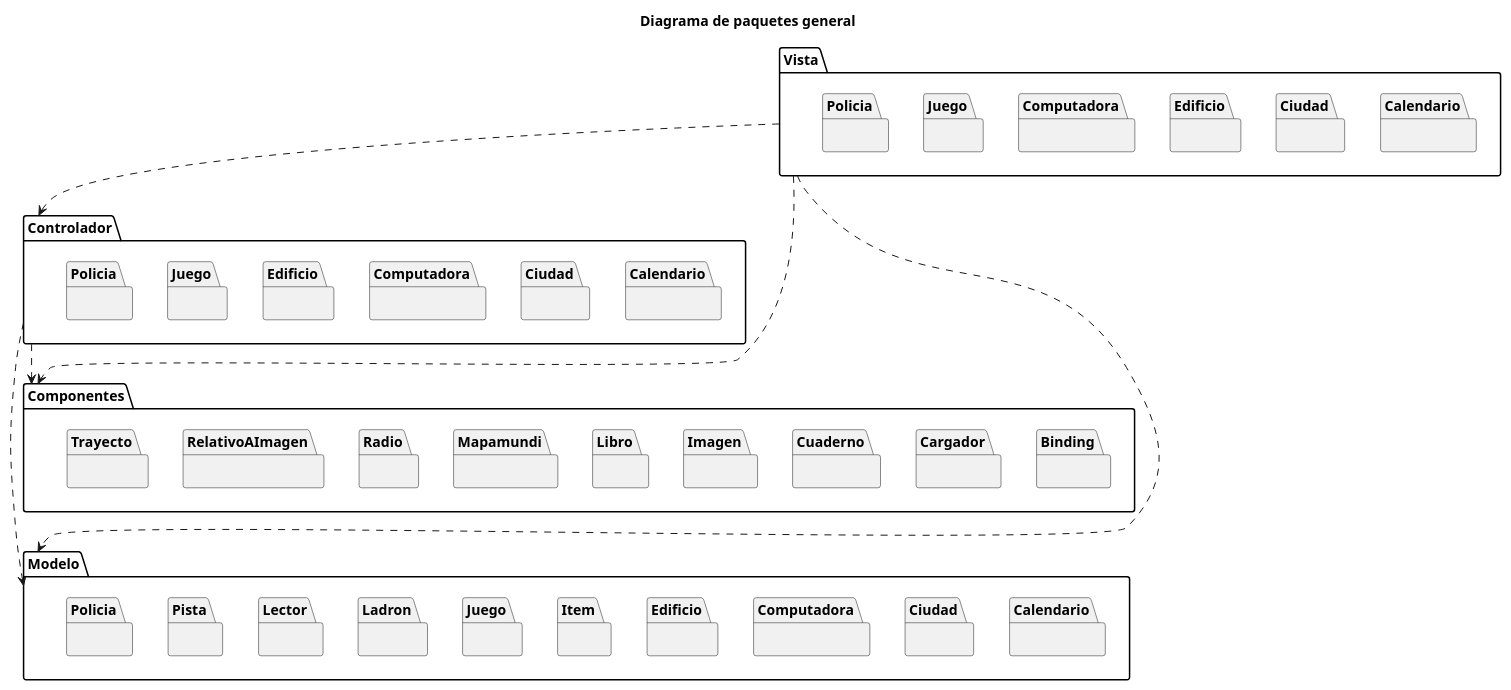
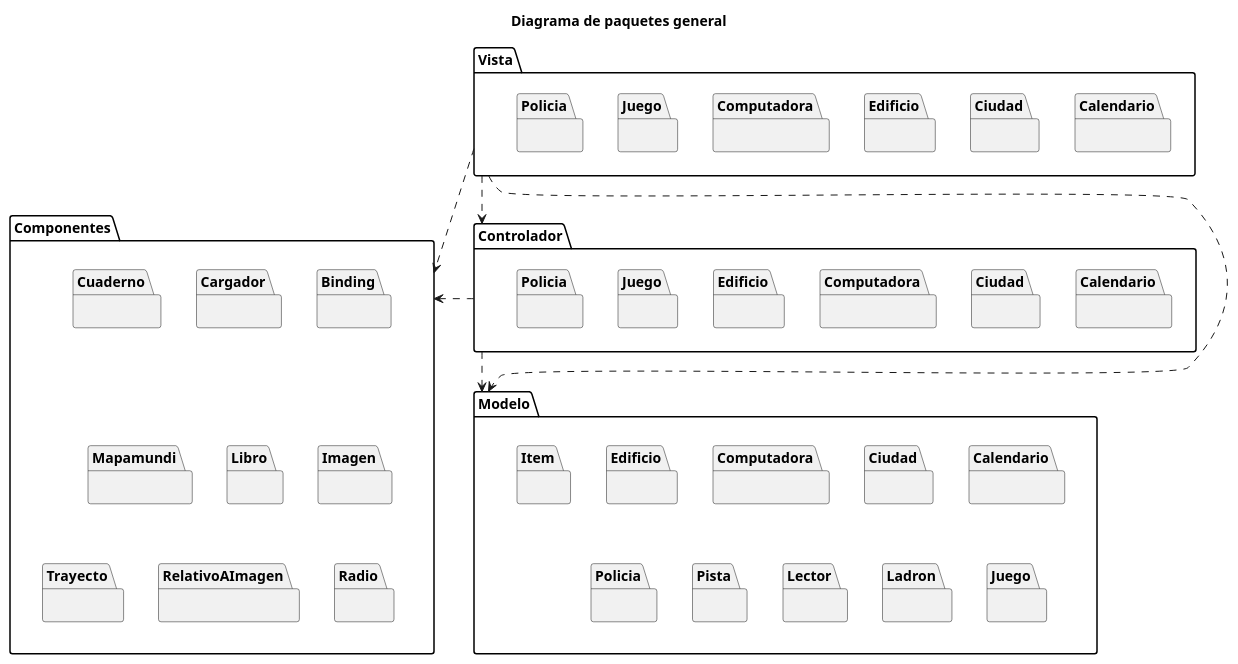
Before and after one commit to MarconMatias/TP2-AyPIII: the diagram in diagrams/packages/paquete_visiongeneral.plantuml, drawn with PlantUML. The commit also changed 5 other files, not shown here.

Commit message:
Diagramas actualziados

```diff
--- a/diagrams/packages/paquete_visiongeneral.plantuml
+++ b/diagrams/packages/paquete_visiongeneral.plantuml
@@ -1,55 +1,69 @@
 @startuml
 
 title Diagrama de paquetes general
 
 package "Vista" as GUI {
     package Calendario as VCalendario {}
     package Ciudad as VCiudad {}
     package Edificio as VEdificio {}
     package Computadora as VComputadora {}
     package Juego as VJuego {}
     package Policia as VPolicia {}
 }
  
 package "Controlador" {
     package Calendario as CCalendario {} 
     package Ciudad as CCiudad {}
     package Computadora as CComputadora {}
     package Edificio as CEdificio {}
     package Juego as CJuego {}
     package Policia as CPolicia {}
 } 
 
 package Modelo {
-    package Calendario {}
-    package Ciudad {}
-    package Computadora {}
-    package Edificio {}
-    package Item {}
-    package Juego {}
-    package Ladron {}
-    package Lector {}
-    package Pista {}
-    package Policia {}
+    together {
+        package Calendario {}
+        package Ciudad {}
+        package Computadora {}
+        package Edificio {}
+        package Item {}
+    }
+    together {
+        package Juego {}
+        package Ladron {}
+        package Lector {}
+        package Pista {}
+        package Policia {}
+    }
 } 
+Calendario .[hidden]. Juego
 
 package "Componentes" {
-    package Binding {}
-    package Cargador {}
-    package Cuaderno {}
-    package Imagen {}
-    package Libro {}
-    package Mapamundi {}
-    package Radio {}
-    package RelativoAImagen {}
-    package Trayecto {}
+    together {
+        package Binding {}
+        package Cargador {}
+        package Cuaderno {}
+    }
+    together {
+        package Imagen {}
+        package Libro {}
+        package Mapamundi {}
+    }
+    together {
+        package Radio {}
+        package RelativoAImagen {}
+        package Trayecto {}
+    }
 }
+Binding .[hidden]down. Imagen
+Imagen .[hidden]down. Radio
+
 GUI .down.> Controlador
 GUI .down.> Modelo
-GUI .down.> Componentes
+GUI .right.> Componentes
 Controlador .down.> Modelo
-Controlador .down.> Componentes
+Controlador .right.> Componentes
 
 Componentes .[hidden]down.> Modelo
 
 @enduml
```
